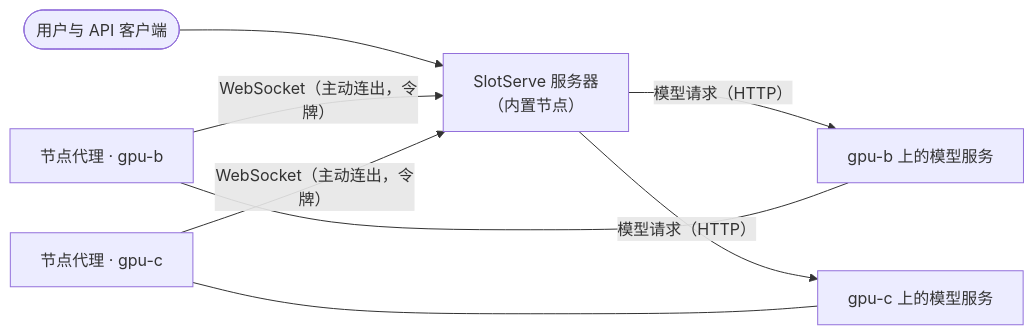
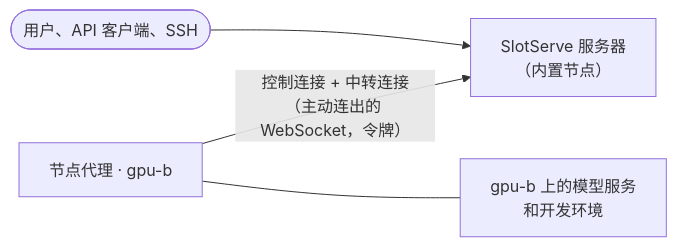
Before and after one commit to PelerYuan/slotserve: the diagram in docs/multiple-machines.zh.md, drawn with Mermaid. The commit also changed other lines of this file and 11 other files, not shown here.

````diff
--- a/docs/multiple-machines.zh.md
+++ b/docs/multiple-machines.zh.md
@@ -15,10 +30,6 @@
 ```mermaid
 flowchart LR
-    people(["用户与 API 客户端"]) --> server["SlotServe 服务器<br/>（内置节点）"]
-    agentB["节点代理 · gpu-b"] -- "WebSocket（主动连出，令牌）" --> server
-    agentC["节点代理 · gpu-c"] -- "WebSocket（主动连出，令牌）" --> server
-    server -- "模型请求（HTTP）" --> msB["gpu-b 上的模型服务"]
-    server -- "模型请求（HTTP）" --> msC["gpu-c 上的模型服务"]
-    agentB --- msB
-    agentC --- msC
+    people(["用户、API 客户端、SSH"]) --> server["SlotServe 服务器<br/>（内置节点）"]
+    agentB["节点代理 · gpu-b"] -- "控制连接 + 中转连接<br/>（主动连出的 WebSocket，令牌）" --> server
+    agentB --- msB["gpu-b 上的模型服务<br/>和开发环境"]
 ```
````
